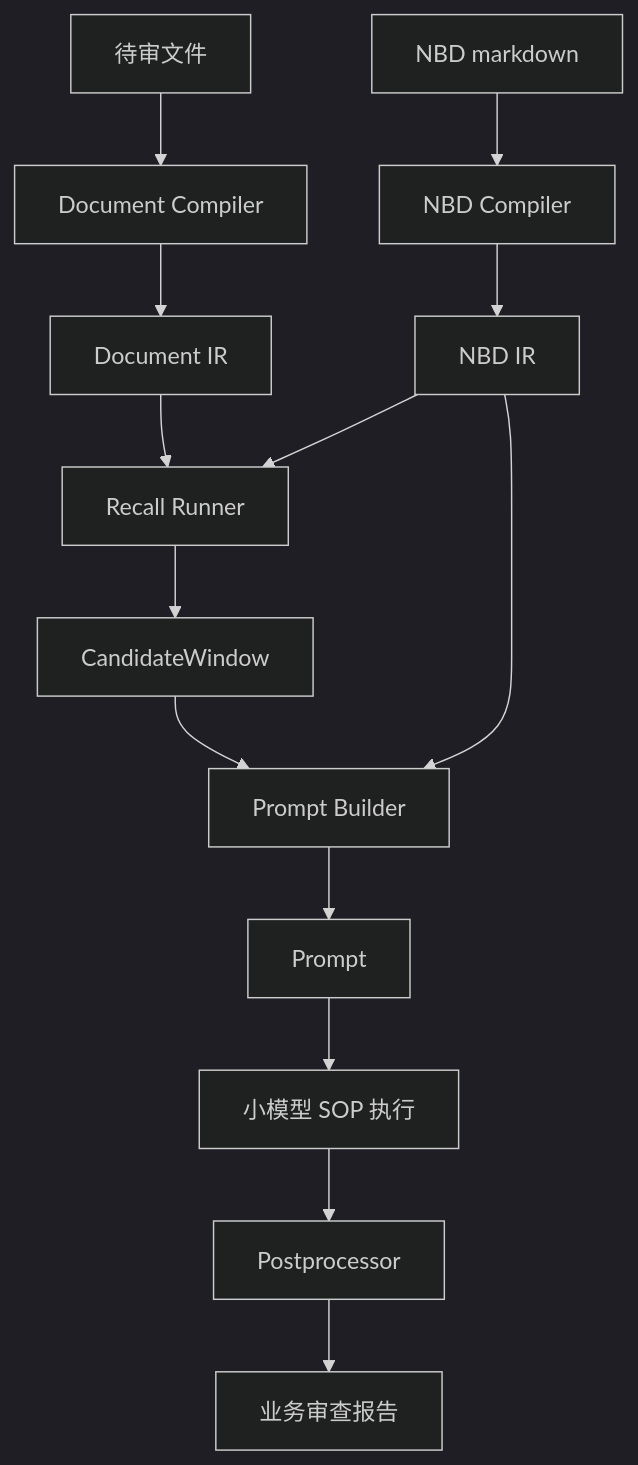
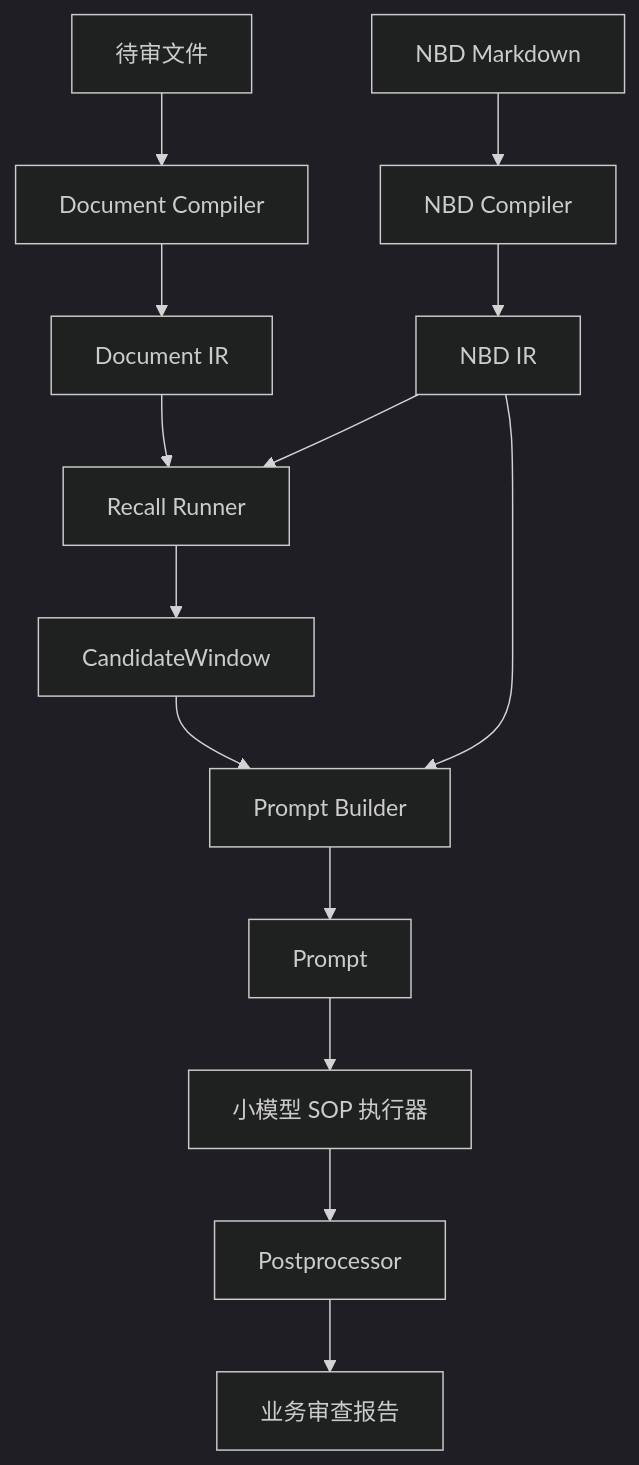
The second of 3 diagrams in wiki/bd-review-points/NBD可迭代质量工程体系方案.md (zeranlin/compliance-wiki), drawn with Mermaid (dark theme) before and after one commit. The commit also changed other lines of this file and 5 other files, not shown here.

Commit message:
docs: add NBD methodology and gold calibration diagrams

````diff
--- a/wiki/bd-review-points/NBD可迭代质量工程体系方案.md
+++ b/wiki/bd-review-points/NBD可迭代质量工程体系方案.md
@@ -59,16 +80,16 @@
 ```mermaid
 flowchart TD
   A["待审文件"] --> B["Document Compiler"]
   B --> C["Document IR"]
-  D["NBD markdown"] --> E["NBD Compiler"]
+  D["NBD Markdown"] --> E["NBD Compiler"]
   E --> F["NBD IR"]
   C --> G["Recall Runner"]
   F --> G
   G --> H["CandidateWindow"]
   F --> I["Prompt Builder"]
   H --> I
   I --> J["Prompt"]
-  J --> K["小模型 SOP 执行"]
+  J --> K["小模型 SOP 执行器"]
   K --> L["Postprocessor"]
   L --> M["业务审查报告"]
 ```
````
